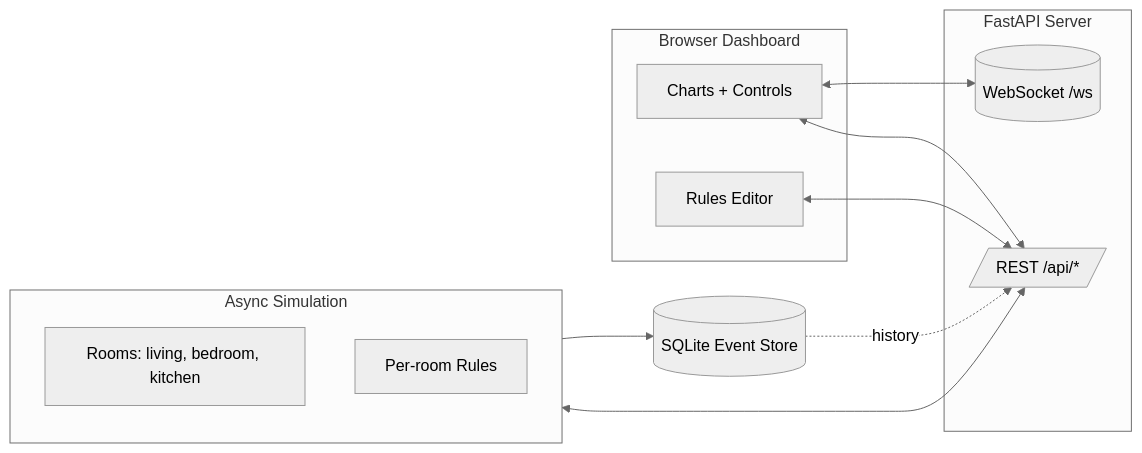
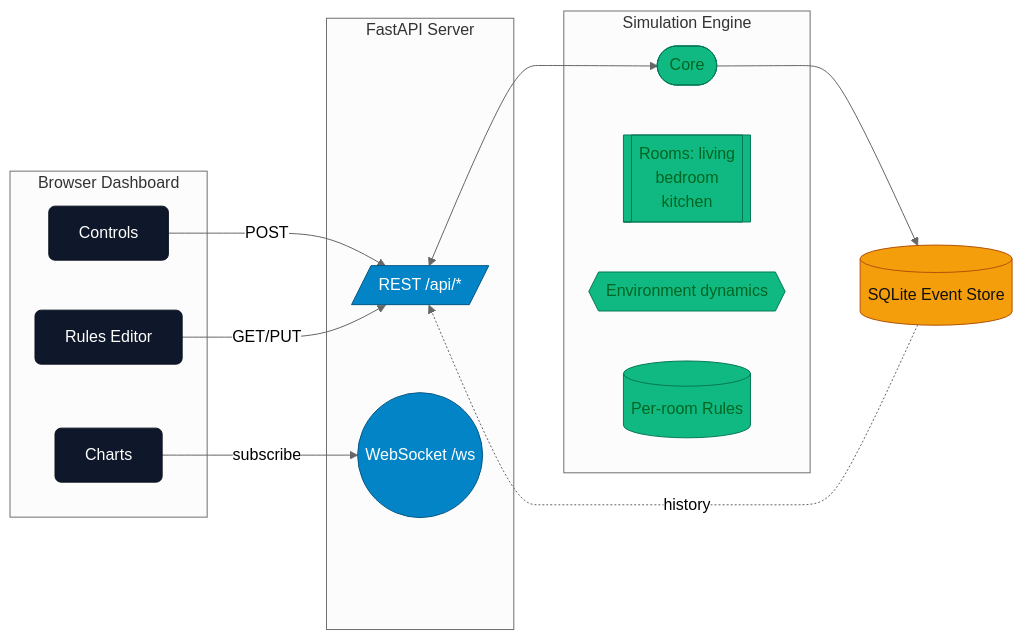
One commit to swoet/iot-smart-home changed the diagram in README.md. Above: the diagram before and after it, drawn with Mermaid (neutral theme). The commit also changed other lines of this file, not shown here.

Commit message:
docs: replace ASCII '3D visual' with styled Mermaid visual and remove duplicate diagram

````diff
--- a/README.md
+++ b/README.md
@@ -39,23 +9,32 @@
 ```mermaid
 flowchart LR
-  subgraph UI[Browser Dashboard]
-    D[Charts + Controls]
-    R[Rules Editor]
+  %% Styling
+  classDef ui fill:#0f172a,stroke:#0b1220,color:#fff,rx:6,ry:6
+  classDef api fill:#0284c7,stroke:#075985,color:#fff,rx:6,ry:6
+  classDef engine fill:#10b981,stroke:#047857,color:#062,rx:6,ry:6
+  classDef db fill:#f59e0b,stroke:#b45309,color:#111,rx:6,ry:6
+
+  subgraph B[Browser Dashboard]
+    Charts[Charts]:::ui
+    Controls[Controls]:::ui
+    RulesEditor[Rules Editor]:::ui
   end
-  subgraph API[FastAPI Server]
-    S[(WebSocket /ws)]
-    E[/REST /api/*/]
+  subgraph A[FastAPI Server]
+    REST[/REST /api/*/]:::api
+    WS((WebSocket /ws)):::api
   end
-  subgraph SIM[Async Simulation]
-    Rooms[Rooms: living, bedroom, kitchen]
-    Rules[Per-room Rules]
+  subgraph E[Simulation Engine]
+    SimCore([Core]):::engine
+    Rooms[[Rooms: living<br/>bedroom<br/>kitchen]]:::engine
+    Env{{Environment dynamics}}:::engine
+    RuleCfg[(Per-room Rules)]:::engine
   end
-  DB[(SQLite Event Store)]
+  DB[(SQLite Event Store)]:::db
 
-  D <--> S
-  D <--> E
-  R <--> E
-  E <--> SIM
-  SIM --> DB
-  DB -.history.-> E
+  Charts -- subscribe --> WS
+  Controls -- POST --> REST
+  RulesEditor -- GET/PUT --> REST
+  REST <--> SimCore
+  SimCore --> DB
+  DB -.history.-> REST
 ```
````
